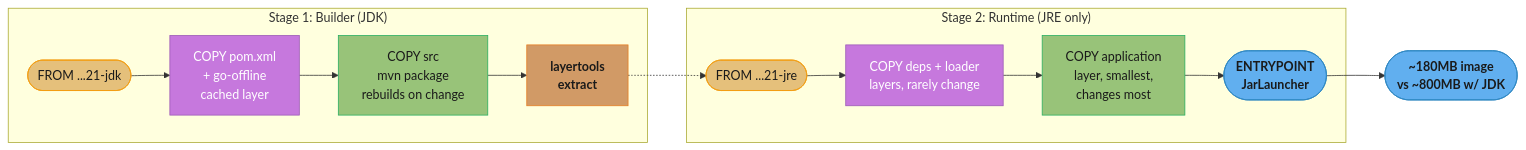
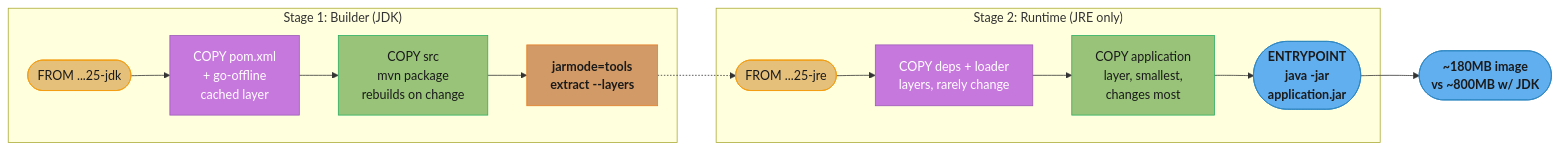
The first of 4 diagrams in src/main/java/com/rutik/systemdesign/backend/container_and_deployment_patterns/README.md (rppol/system-design), drawn with Mermaid before and after one commit. The commit also changed other lines of this file and 47 other files, not shown here.

````diff
--- a/src/main/java/com/rutik/systemdesign/backend/container_and_deployment_patterns/README.md
+++ b/src/main/java/com/rutik/systemdesign/backend/container_and_deployment_patterns/README.md
@@ -45,31 +45,31 @@
 ```mermaid
 flowchart LR
     classDef io      fill:#61afef,stroke:#2e86c1,color:#1a1a1a,font-weight:bold
     classDef frozen  fill:#c678dd,stroke:#9b59b6,color:#fff
     classDef train   fill:#98c379,stroke:#27ae60,color:#1a1a1a
     classDef mathOp  fill:#d19a66,stroke:#e67e22,color:#1a1a1a,font-weight:bold
     classDef lossN   fill:#e06c75,stroke:#c0392b,color:#fff,font-weight:bold
     classDef req     fill:#56b6c2,stroke:#0097a7,color:#1a1a1a
     classDef base    fill:#e5c07b,stroke:#f39c12,color:#1a1a1a
 
     subgraph ST1["Stage 1: Builder (JDK)"]
-        jdk(["FROM ...21-jdk"]) --> pomCache["COPY pom.xml<br/>+ go-offline<br/>cached layer"]
+        jdk(["FROM ...25-jdk"]) --> pomCache["COPY pom.xml<br/>+ go-offline<br/>cached layer"]
         pomCache --> srcBuild["COPY src<br/>mvn package<br/>rebuilds on change"]
-        srcBuild --> extract["layertools<br/>extract"]
+        srcBuild --> extract["jarmode=tools<br/>extract --layers"]
     end
 
     subgraph ST2["Stage 2: Runtime (JRE only)"]
-        jre(["FROM ...21-jre"]) --> stableLayers["COPY deps + loader<br/>layers, rarely change"]
+        jre(["FROM ...25-jre"]) --> stableLayers["COPY deps + loader<br/>layers, rarely change"]
         stableLayers --> appLayer["COPY application<br/>layer, smallest,<br/>changes most"]
-        appLayer --> entry(["ENTRYPOINT<br/>JarLauncher"])
+        appLayer --> entry(["ENTRYPOINT<br/>java -jar<br/>application.jar"])
     end
 
     extract -.-> jre
     entry --> result(["~180MB image<br/>vs ~800MB w/ JDK"])
 
     class jdk,jre base
     class pomCache,stableLayers frozen
     class srcBuild,appLayer train
     class extract mathOp
     class entry,result io
 ```
````
